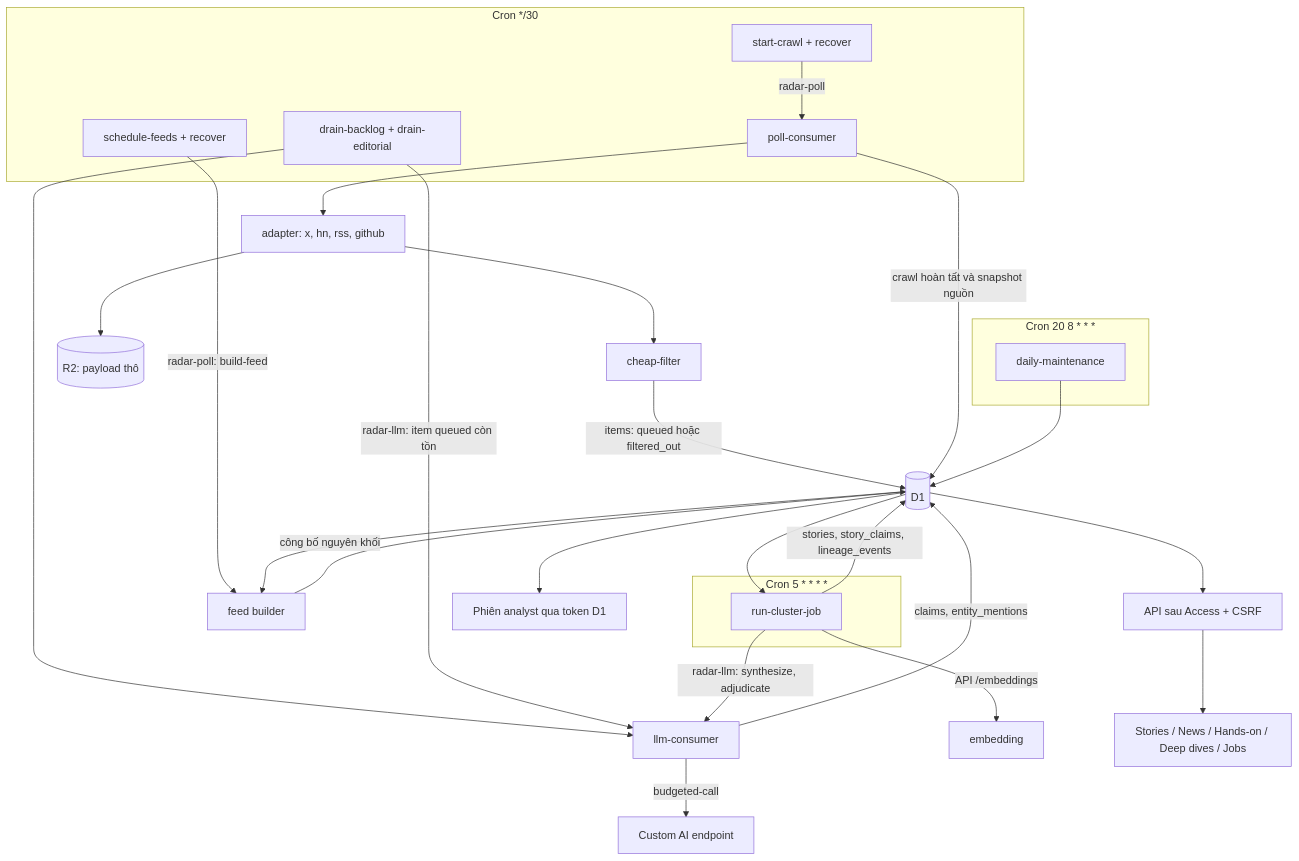
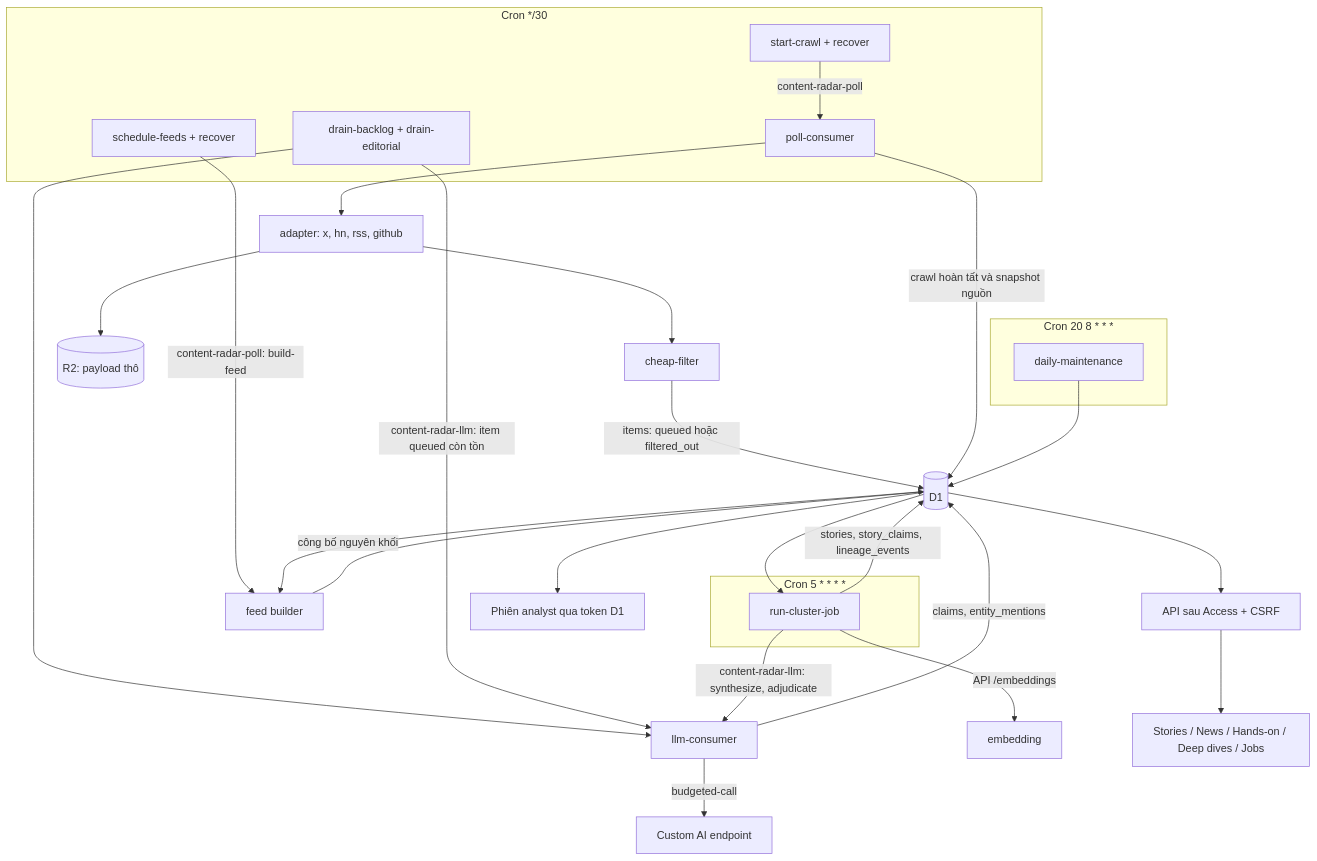
The diagram in docs/architecture.md (dijnie/content-radar), drawn with Mermaid before and after one commit. The commit also changed 20 other files, not shown here.

Commit message:
fix(deploy): match the existing Content Radar queue bindings

````diff
--- a/docs/architecture.md
+++ b/docs/architecture.md
@@ -7,33 +7,33 @@
 ```mermaid
 flowchart TD
   subgraph "Cron */30"
-    D[start-crawl + recover] -->|radar-poll| P[poll-consumer]
+    D[start-crawl + recover] -->|content-radar-poll| P[poll-consumer]
     DR[drain-backlog + drain-editorial]
     FS[schedule-feeds + recover]
   end
   P --> AD[adapter: x, hn, rss, github]
   AD --> R2[(R2: payload thô)]
   AD --> F[cheap-filter]
   F -->|items: queued hoặc filtered_out| D1[(D1)]
   P -->|crawl hoàn tất và snapshot nguồn| D1
   DR --> L[llm-consumer]
-  FS -->|radar-poll: build-feed| FB[feed builder]
+  FS -->|content-radar-poll: build-feed| FB[feed builder]
   D1 --> FB
   FB -->|công bố nguyên khối| D1
-  DR -->|radar-llm: item queued còn tồn| L
+  DR -->|content-radar-llm: item queued còn tồn| L
   L -->|budgeted-call| G[Custom AI endpoint]
   L -->|claims, entity_mentions| D1
   subgraph "Cron 5 * * * *"
     C[run-cluster-job]
   end
   D1 --> C
   C -->|API /embeddings| E[embedding]
   C -->|stories, story_claims, lineage_events| D1
-  C -->|radar-llm: synthesize, adjudicate| L
+  C -->|content-radar-llm: synthesize, adjudicate| L
   subgraph "Cron 20 8 * * *"
     M[daily-maintenance]
   end
   M --> D1
   D1 --> API[API sau Access + CSRF] --> WEB[Stories / News / Hands-on / Deep dives / Jobs]
   D1 --> AN[Phiên analyst qua token D1]
 ```
````
